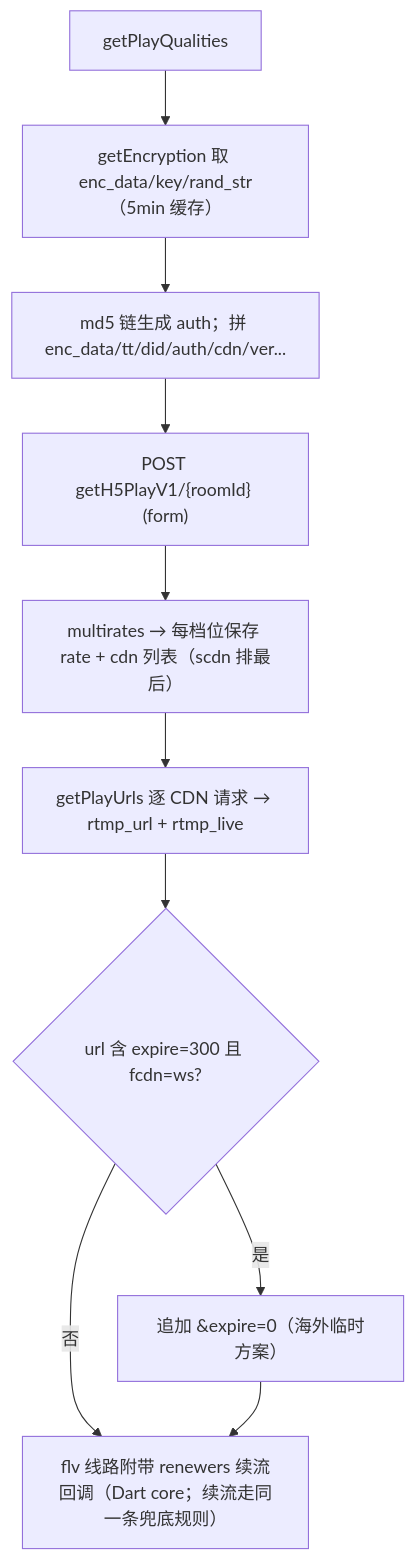
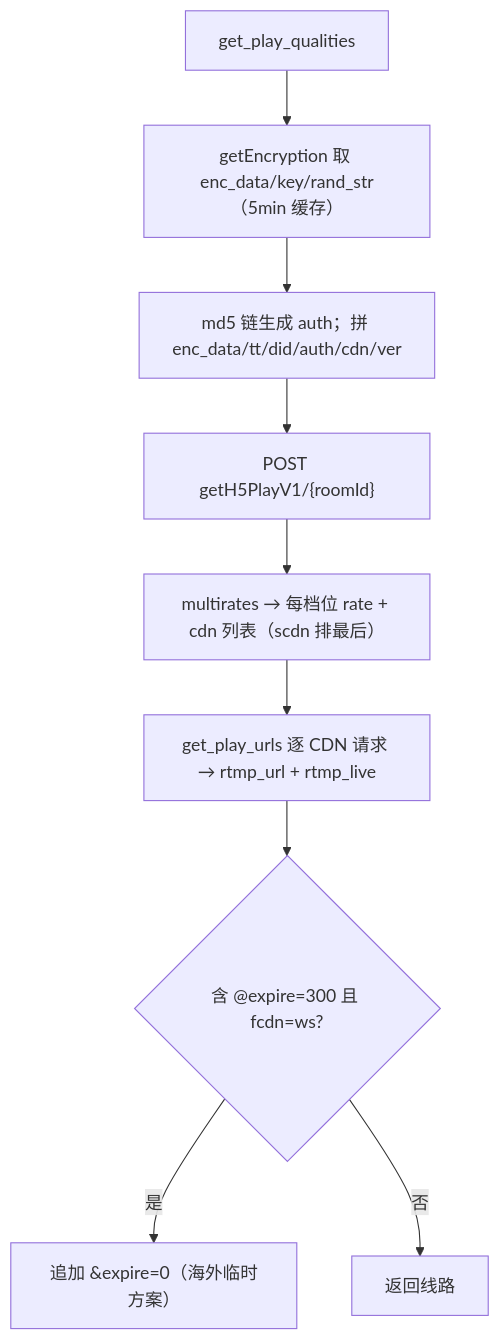
The seventh of 12 diagrams in simple_live_core/doc/workflow-diagram.md (gaoxing64/dart_simple_live), drawn with Mermaid before and after one commit. The commit also changed other lines of this file and 8 other files, not shown here.

````diff
--- a/simple_live_core/doc/workflow-diagram.md
+++ b/simple_live_core/doc/workflow-diagram.md
@@ -194,12 +197,11 @@
 ```mermaid
 flowchart TD
-    A["getPlayQualities"] --> B["getEncryption 取 enc_data/key/rand_str（5min 缓存）"]
-    B --> C["md5 链生成 auth；拼 enc_data/tt/did/auth/cdn/ver..."]
-    C --> D["POST getH5PlayV1/{roomId} (form)"]
-    D --> E["multirates → 每档位保存 rate + cdn 列表（scdn 排最后）"]
-    E --> F["getPlayUrls 逐 CDN 请求 → rtmp_url + rtmp_live"]
-    F --> G{"url 含 expire=300 且 fcdn=ws?"}
+    A["get_play_qualities"] --> B["getEncryption 取 enc_data/key/rand_str（5min 缓存）"]
+    B --> C["md5 链生成 auth；拼 enc_data/tt/did/auth/cdn/ver"]
+    C --> D["POST getH5PlayV1/{roomId}"]
+    D --> E["multirates → 每档位 rate + cdn 列表（scdn 排最后）"]
+    E --> F["get_play_urls 逐 CDN 请求 → rtmp_url + rtmp_live"]
+    F --> G{"含 @expire=300 且 fcdn=ws?"}
     G -- "是" --> H["追加 &expire=0（海外临时方案）"]
-    G -- "否" --> I["flv 线路附带 renewers 续流回调（Dart core；续流走同一条兜底规则）"]
-    H --> I
+    G -- "否" --> I["返回线路"]
 ```
````
